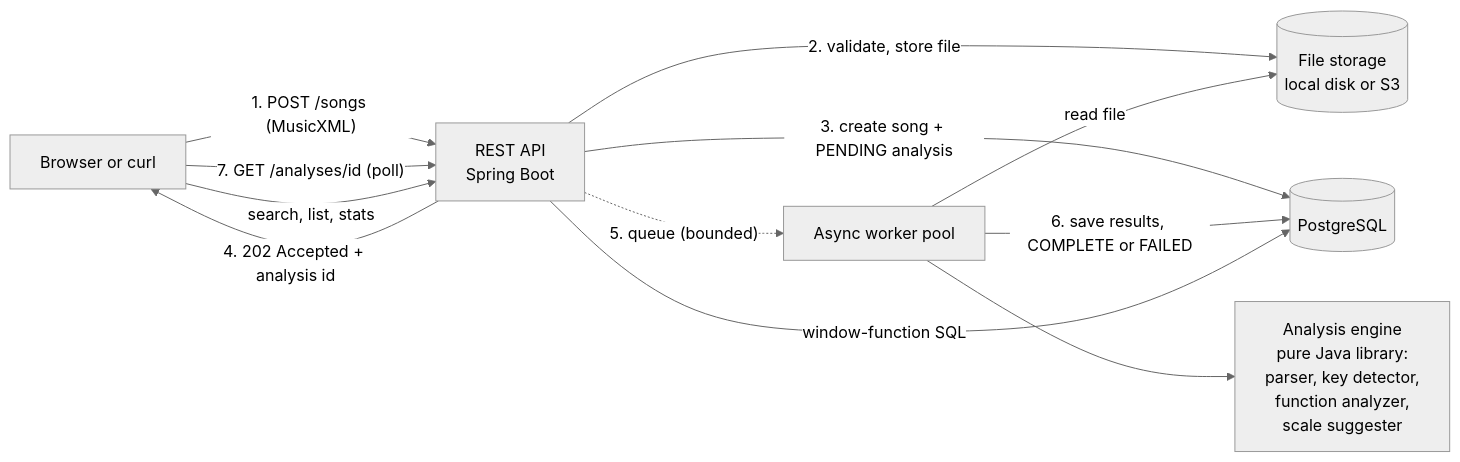
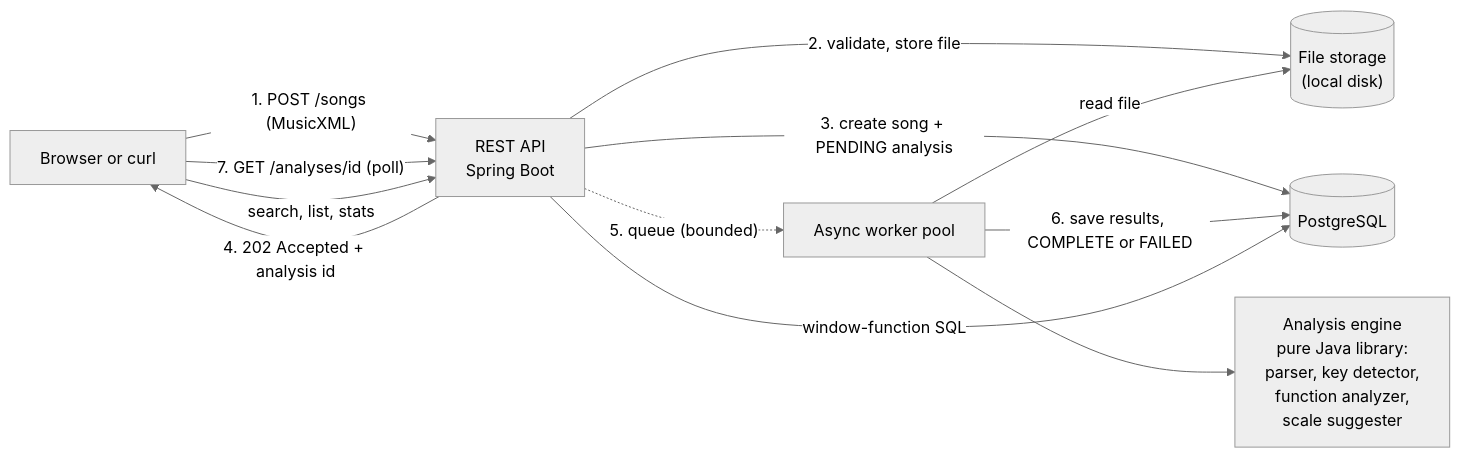
Before and after one commit to laveenh-source/JazzImprovHelper: the diagram in README.md, drawn with Mermaid (neutral theme). The commit also changed other lines of this file and 2 other files, not shown here.

````diff
--- a/README.md
+++ b/README.md
@@ -36,14 +35,14 @@
 ```mermaid
 flowchart LR
     Client["Browser or curl"] -->|"1. POST /songs (MusicXML)"| API["REST API<br/>Spring Boot"]
-    API -->|"2. validate, store file"| Storage[("File storage<br/>local disk or S3")]
+    API -->|"2. validate, store file"| Storage[("File storage<br/>(local disk)")]
     API -->|"3. create song + PENDING analysis"| DB[("PostgreSQL")]
     API -->|"4. 202 Accepted + analysis id"| Client
     API -.->|"5. queue (bounded)"| Worker["Async worker pool"]
     Worker -->|"read file"| Storage
     Worker --> Engine["Analysis engine<br/>pure Java library:<br/>parser, key detector,<br/>function analyzer,<br/>scale suggester"]
     Worker -->|"6. save results, COMPLETE or FAILED"| DB
     Client -->|"7. GET /analyses/id (poll)"| API
     Client -->|"search, list, stats"| API
     API -->|"window-function SQL"| DB
 ```
````
